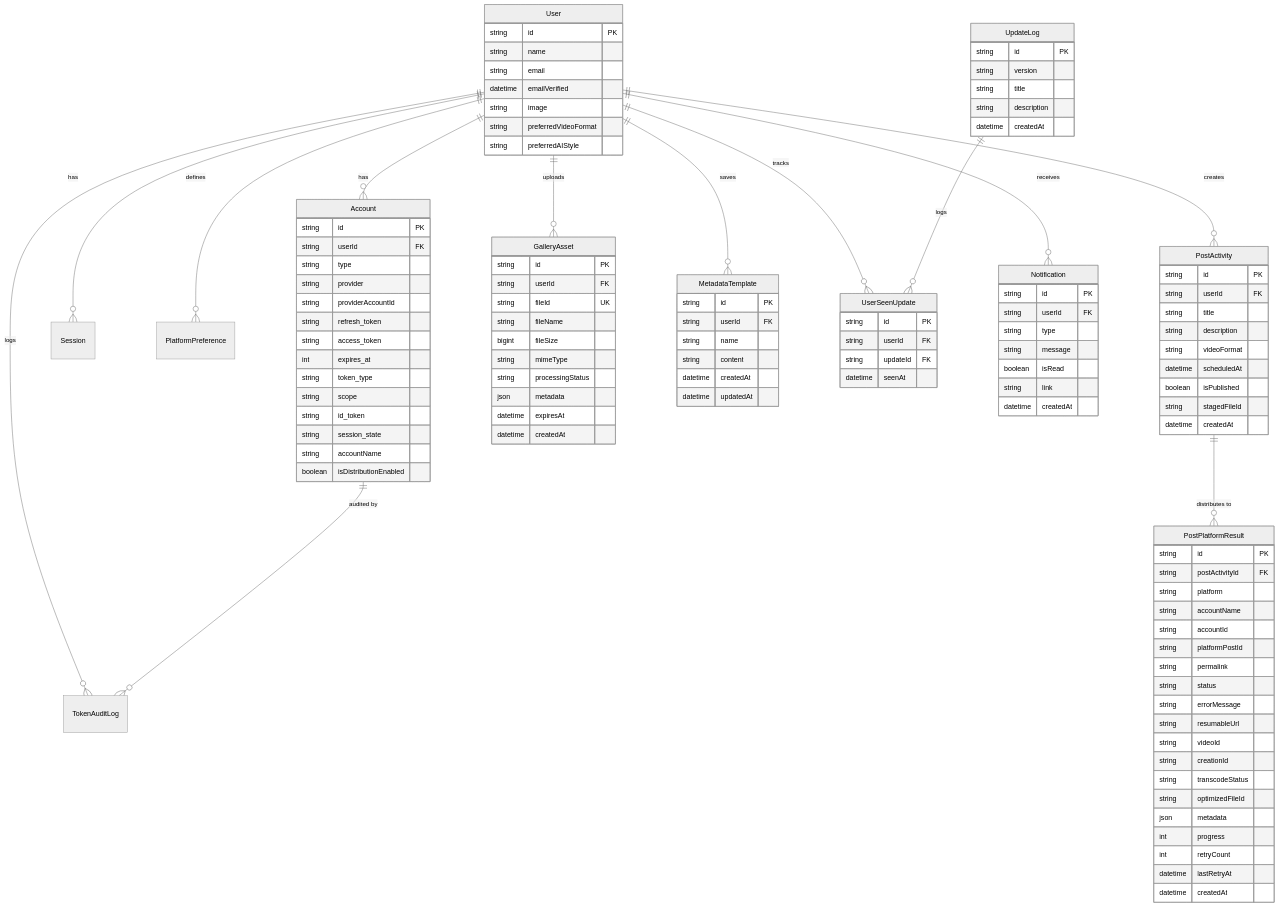
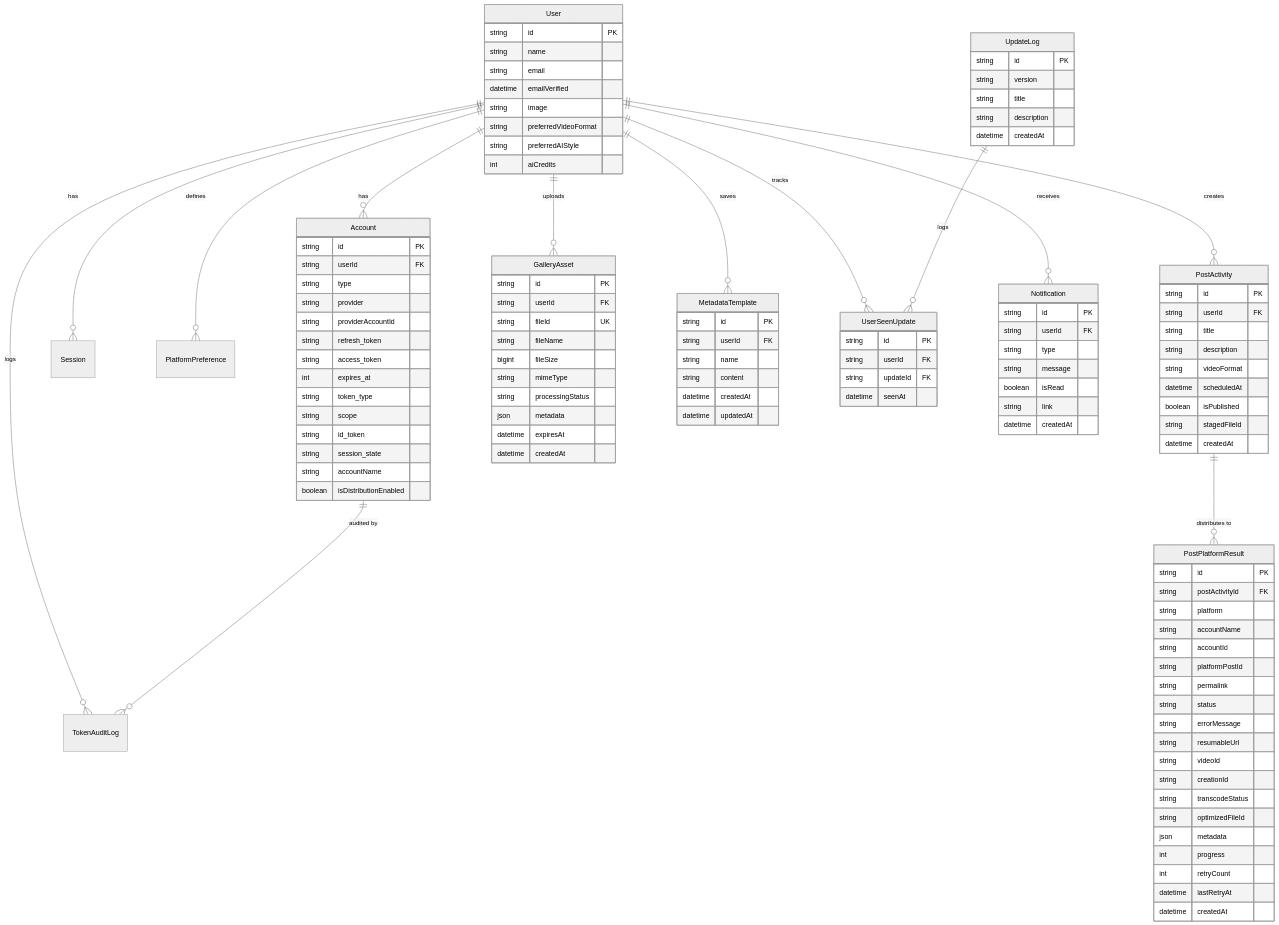
One commit to thoufeeque22/directly.social changed the diagram in docs/architecture/DATA_MODEL.md. Above: the diagram before and after it, drawn with Mermaid (neutral theme). The commit also changed 7 other files, not shown here.

```diff
--- a/docs/architecture/DATA_MODEL.md
+++ b/docs/architecture/DATA_MODEL.md
@@ -27,6 +27,7 @@
         string image
         string preferredVideoFormat
         string preferredAIStyle
+        int aiCredits
     }
 
     MetadataTemplate {
```
